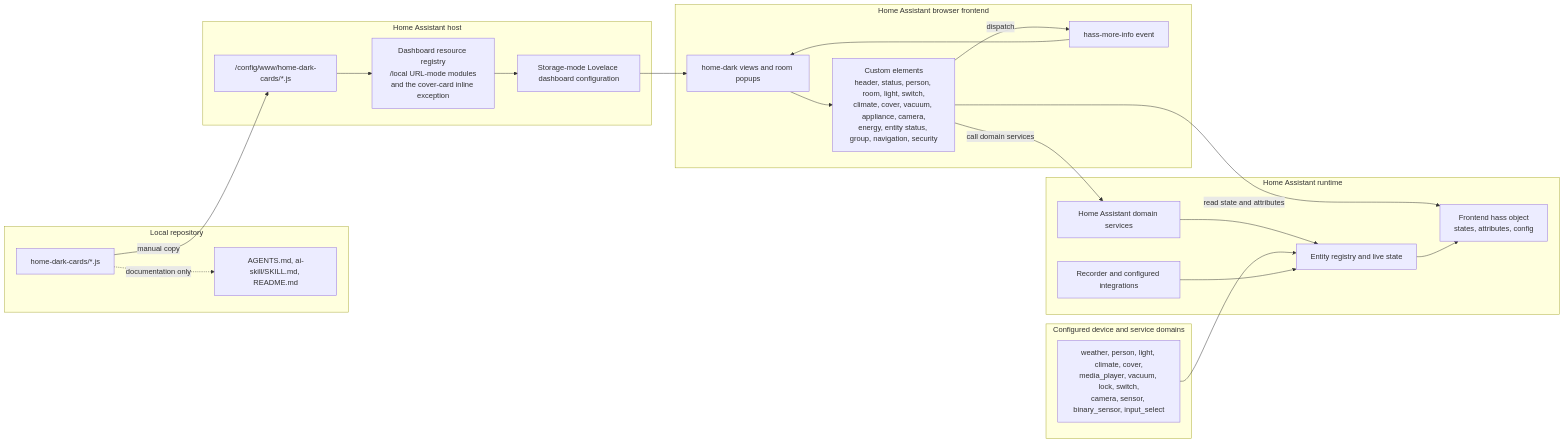
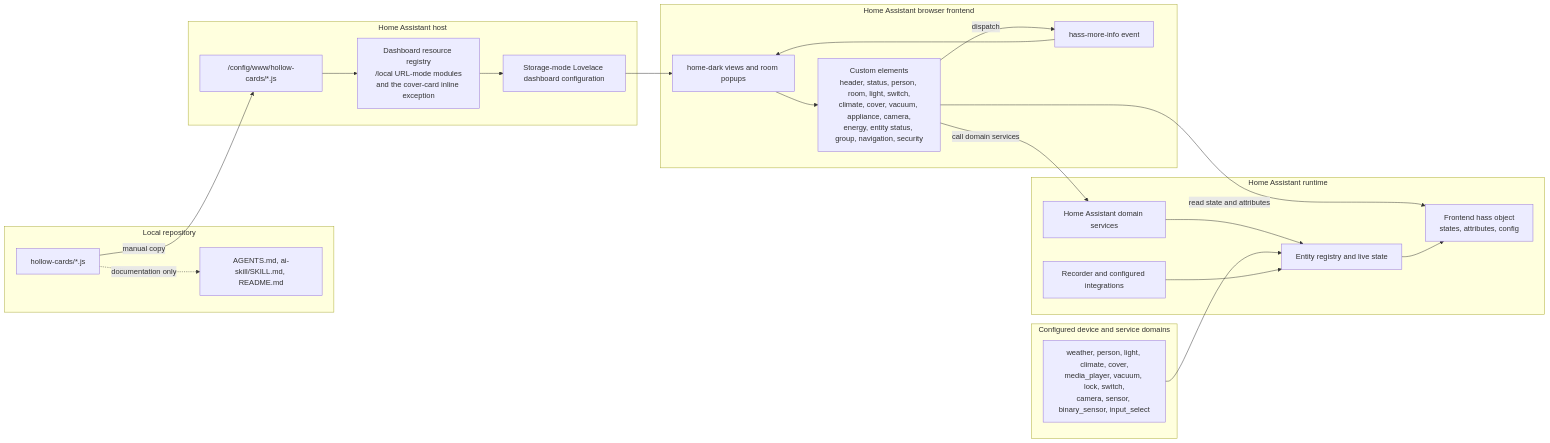
Before and after one commit to MrHollowX/hollow-cards: the diagram in ai-overview.md, drawn with Mermaid. The commit also changed other lines of this file and 42 other files, not shown here.

````diff
--- a/ai-overview.md
+++ b/ai-overview.md
@@ -80,45 +80,45 @@
 ```mermaid
 flowchart LR
     subgraph Repository["Local repository"]
-        Sources["home-dark-cards/*.js"]
+        Sources["hollow-cards/*.js"]
         Guidance["AGENTS.md, ai-skill/SKILL.md, README.md"]
     end
 
     subgraph Host["Home Assistant host"]
-        Static["/config/www/home-dark-cards/*.js"]
+        Static["/config/www/hollow-cards/*.js"]
         Resources["Dashboard resource registry<br/>/local URL-mode modules<br/>and the cover-card inline exception"]
         DashConfig["Storage-mode Lovelace dashboard configuration"]
     end
 
     subgraph Browser["Home Assistant browser frontend"]
         Views["home-dark views and room popups"]
         Cards["Custom elements<br/>header, status, person, room, light, switch,<br/>climate, cover, vacuum, appliance, camera,<br/>energy, entity status, group, navigation, security"]
         MoreInfo["hass-more-info event"]
     end
 
     subgraph Runtime["Home Assistant runtime"]
         Hass["Frontend hass object<br/>states, attributes, config"]
         Services["Home Assistant domain services"]
         Registry["Entity registry and live state"]
         Recorder["Recorder and configured integrations"]
     end
 
     subgraph Devices["Configured device and service domains"]
         Domains["weather, person, light, climate, cover,<br/>media_player, vacuum, lock, switch,<br/>camera, sensor, binary_sensor, input_select"]
     end
 
     Sources -->|"manual copy"| Static
     Sources -.->|"documentation only"| Guidance
     Static --> Resources
     Resources --> DashConfig
     DashConfig --> Views
     Views --> Cards
     Cards -->|"read state and attributes"| Hass
     Cards -->|"dispatch"| MoreInfo
     MoreInfo --> Views
     Cards -->|"call domain services"| Services
     Services --> Registry
     Registry --> Hass
     Domains --> Registry
     Recorder --> Registry
 ```
````
